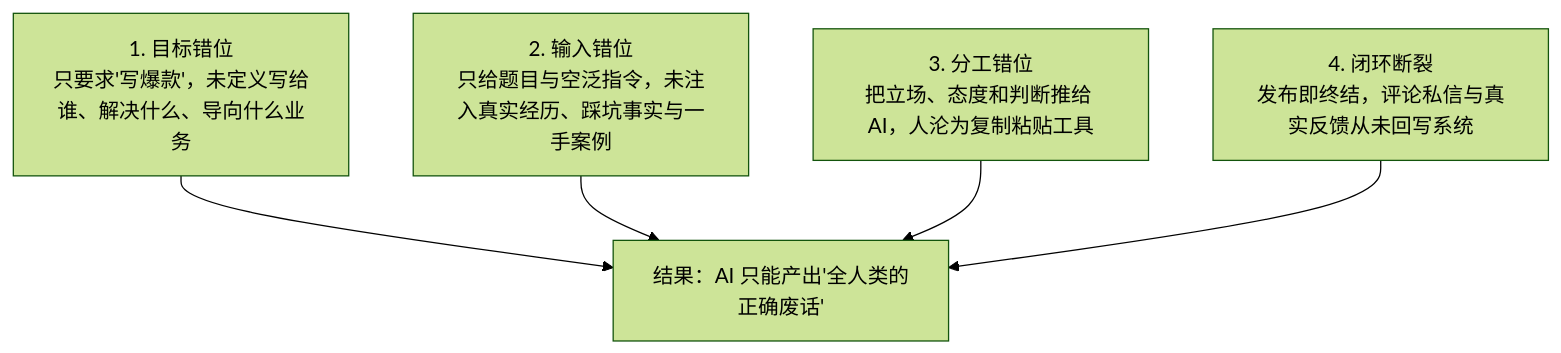
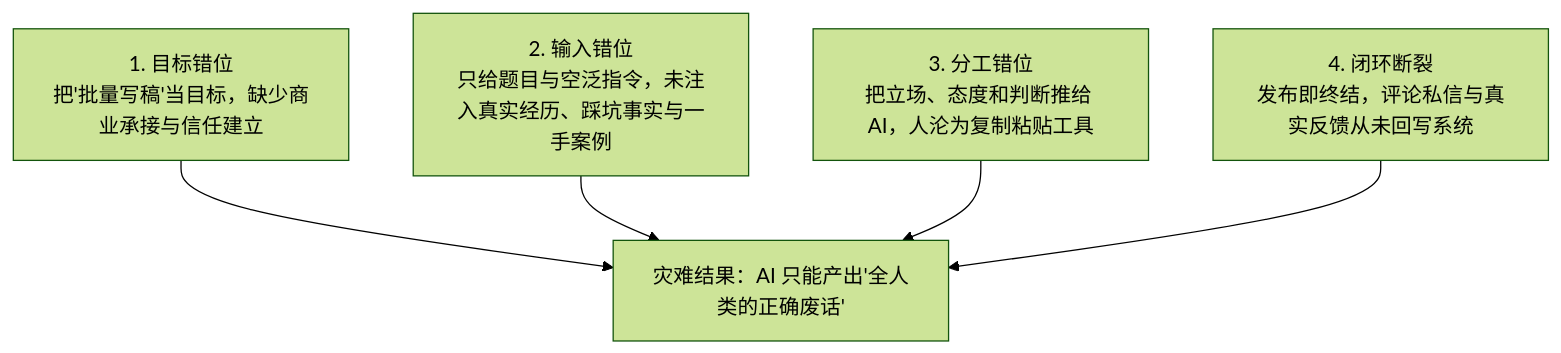
The diagram in docs/source/courses/geek_notes_and_ai_dialogues/stage5_digital_garden_and_random_thoughts/05_case_yiheng_personal_ip_content_system.md (ponyletter/py310sphinx_knowledge), drawn with Mermaid (forest theme) before and after one commit. The commit also changed other lines of this file and 7 other files, not shown here.

````diff
--- a/docs/source/courses/geek_notes_and_ai_dialogues/stage5_digital_garden_and_random_thoughts/05_case_yiheng_personal_ip_content_system.md
+++ b/docs/source/courses/geek_notes_and_ai_dialogues/stage5_digital_garden_and_random_thoughts/05_case_yiheng_personal_ip_content_system.md
@@ -23,9 +25,9 @@
-```mermaid
+```{mermaid}
 flowchart TD
-    E1["1. 目标错位<br/>只要求'写爆款'，未定义写给谁、解决什么、导向什么业务"]
+    E1["1. 目标错位<br/>把'批量写稿'当目标，缺少商业承接与信任建立"]
     E2["2. 输入错位<br/>只给题目与空泛指令，未注入真实经历、踩坑事实与一手案例"]
     E3["3. 分工错位<br/>把立场、态度和判断推给 AI，人沦为复制粘贴工具"]
     E4["4. 闭环断裂<br/>发布即终结，评论私信与真实反馈从未回写系统"]
     
-    E1 & E2 & E3 & E4 --> D["结果：AI 只能产出'全人类的正确废话'"]
+    E1 & E2 & E3 & E4 --> D["灾难结果：AI 只能产出'全人类的正确废话'"]
 ```
````
